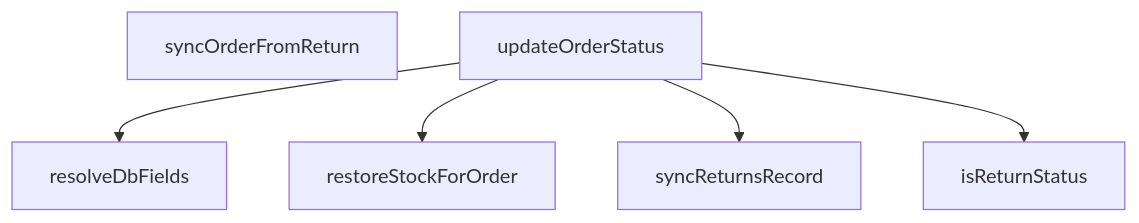
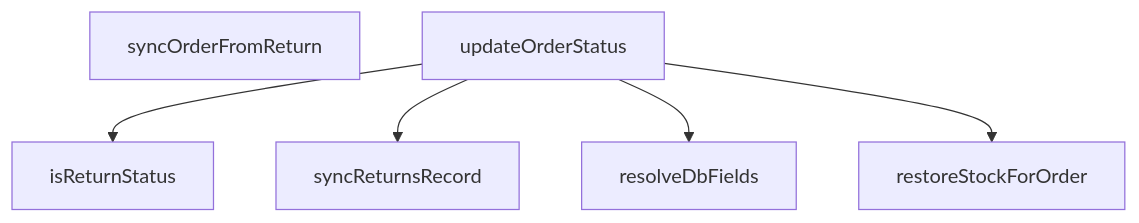
One commit to peckop/venthub-hvac-esite changed the diagram in src/lib/orderStatusService.md. Above: the diagram before and after it, drawn with Mermaid. The commit also changed other lines of this file and 723 other files, not shown here.

````diff
--- a/src/lib/orderStatusService.md
+++ b/src/lib/orderStatusService.md
@@ -173,13 +173,13 @@
 ```mermaid
 graph TD
     orderStatusService_ts__isReturnStatus["isReturnStatus"]
     orderStatusService_ts__resolveDbFields["resolveDbFields"]
     orderStatusService_ts__restoreStockForOrder["restoreStockForOrder"]
     orderStatusService_ts__syncOrderFromReturn["syncOrderFromReturn"]
     orderStatusService_ts__syncReturnsRecord["syncReturnsRecord"]
     orderStatusService_ts__updateOrderStatus["updateOrderStatus"]
+    orderStatusService_ts__updateOrderStatus --> orderStatusService_ts__isReturnStatus
+    orderStatusService_ts__updateOrderStatus --> orderStatusService_ts__syncReturnsRecord
     orderStatusService_ts__updateOrderStatus --> orderStatusService_ts__resolveDbFields
     orderStatusService_ts__updateOrderStatus --> orderStatusService_ts__restoreStockForOrder
-    orderStatusService_ts__updateOrderStatus --> orderStatusService_ts__syncReturnsRecord
-    orderStatusService_ts__updateOrderStatus --> orderStatusService_ts__isReturnStatus
 ```
````
